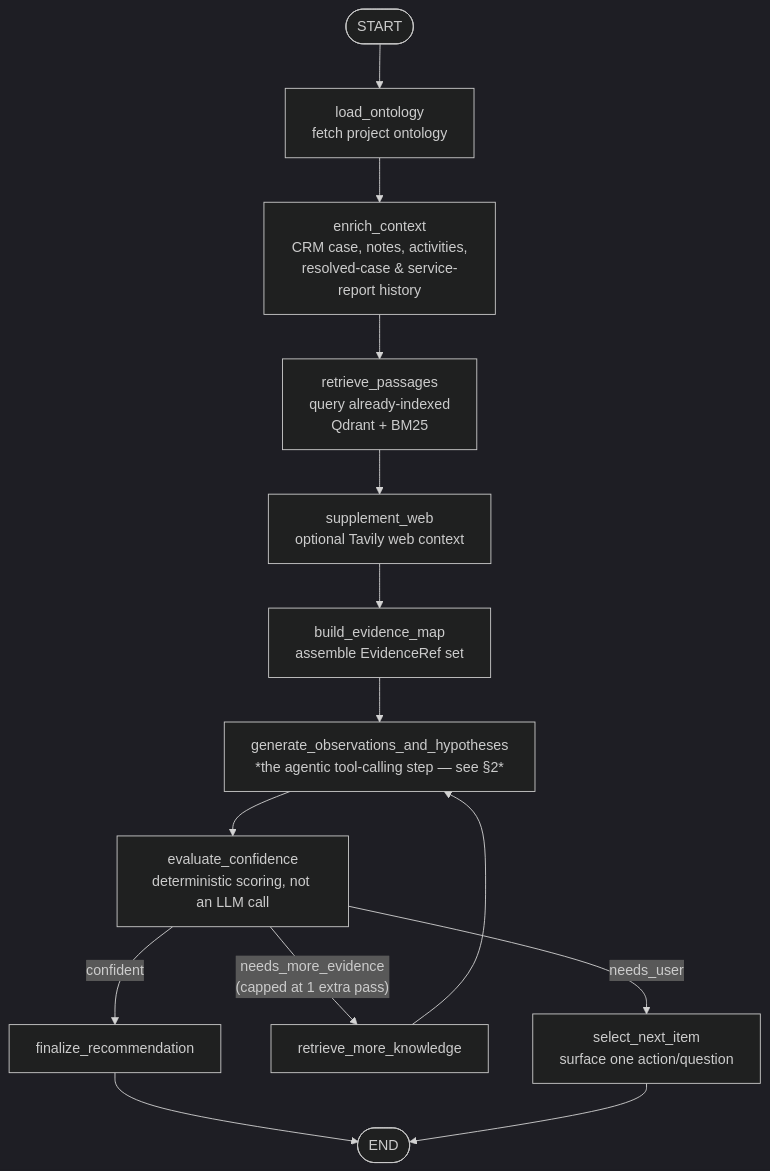
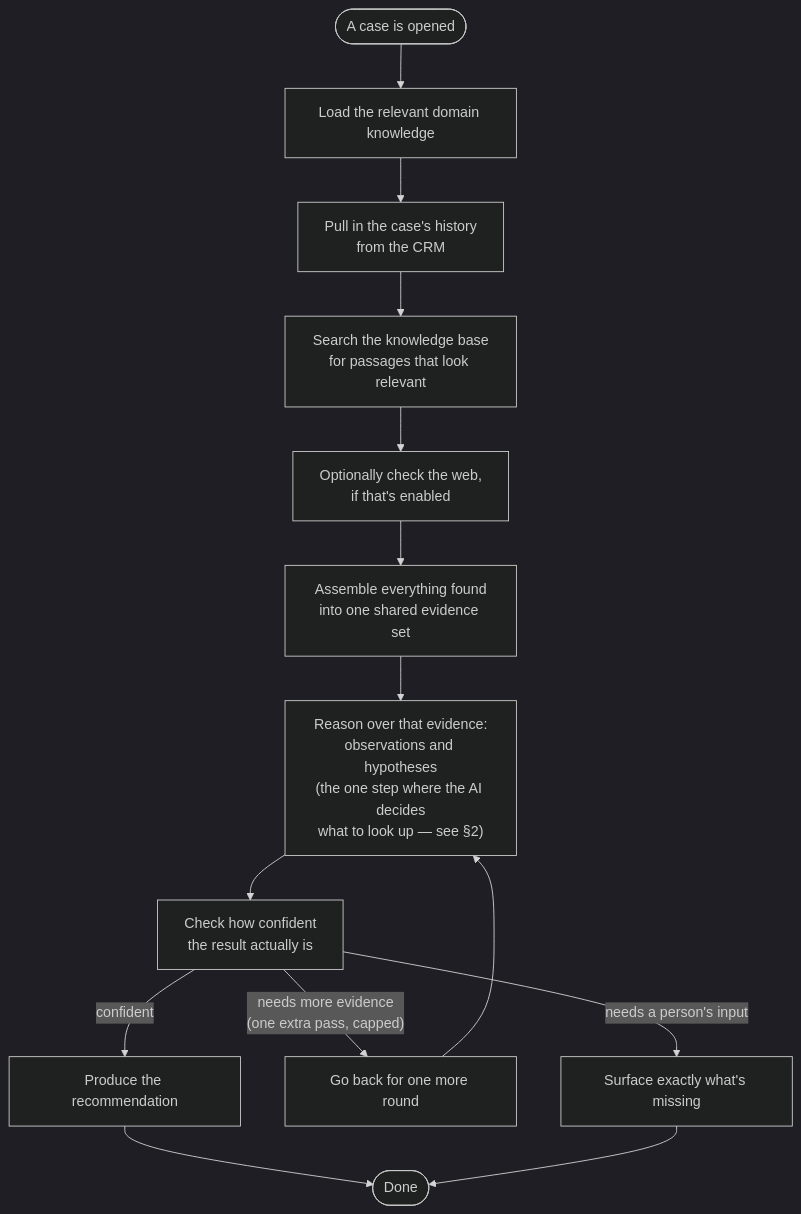
One commit to IndustryFusion/xana-docs changed the first of 3 diagrams in docs/ARCHITECTURE.md. Above: the diagram before and after it, drawn with Mermaid (dark theme). The commit also changed other lines of this file and 24 other files, not shown here.

````diff
--- a/docs/ARCHITECTURE.md
+++ b/docs/ARCHITECTURE.md
@@ -28,16 +28,16 @@
 ```mermaid
 flowchart TD
-    START(["START"]) --> ontology["load_ontology<br/>fetch project ontology"]
-    ontology --> enrich["enrich_context<br/>CRM case, notes, activities,<br/>resolved-case &amp; service-report history"]
-    enrich --> retrieve["retrieve_passages<br/>query already-indexed<br/>Qdrant + BM25"]
-    retrieve --> web["supplement_web<br/>optional Tavily web context"]
-    web --> evmap["build_evidence_map<br/>assemble EvidenceRef set"]
-    evmap --> reason["generate_observations_and_hypotheses<br/>*the agentic tool-calling step — see §2*"]
-    reason --> confidence["evaluate_confidence<br/>deterministic scoring, not an LLM call"]
-    confidence -- "confident" --> finalize["finalize_recommendation"]
-    confidence -- "needs_more_evidence<br/>(capped at 1 extra pass)" --> more["retrieve_more_knowledge"]
+    START(["A case is opened"]) --> ontology["Load the relevant domain knowledge"]
+    ontology --> enrich["Pull in the case's history<br/>from the CRM"]
+    enrich --> retrieve["Search the knowledge base<br/>for passages that look relevant"]
+    retrieve --> web["Optionally check the web,<br/>if that's enabled"]
+    web --> evmap["Assemble everything found<br/>into one shared evidence set"]
+    evmap --> reason["Reason over that evidence:<br/>observations and hypotheses<br/>(the one step where the AI decides<br/>what to look up — see §2)"]
+    reason --> confidence["Check how confident<br/>the result actually is"]
+    confidence -- "confident" --> finalize["Produce the recommendation"]
+    confidence -- "needs more evidence<br/>(one extra pass, capped)" --> more["Go back for one more round"]
     more --> reason
-    confidence -- "needs_user" --> select["select_next_item<br/>surface one action/question"]
-    finalize --> END(["END"])
+    confidence -- "needs a person's input" --> select["Surface exactly what's missing"]
+    finalize --> END(["Done"])
     select --> END
 ```
````
